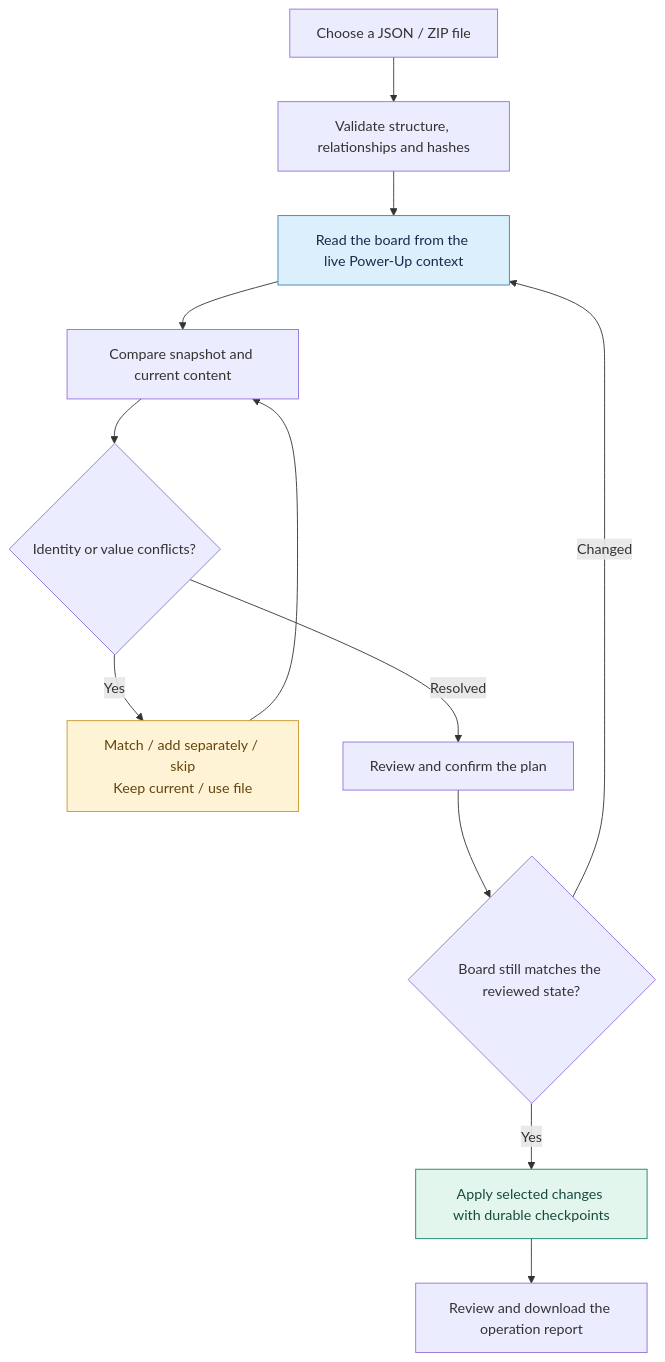
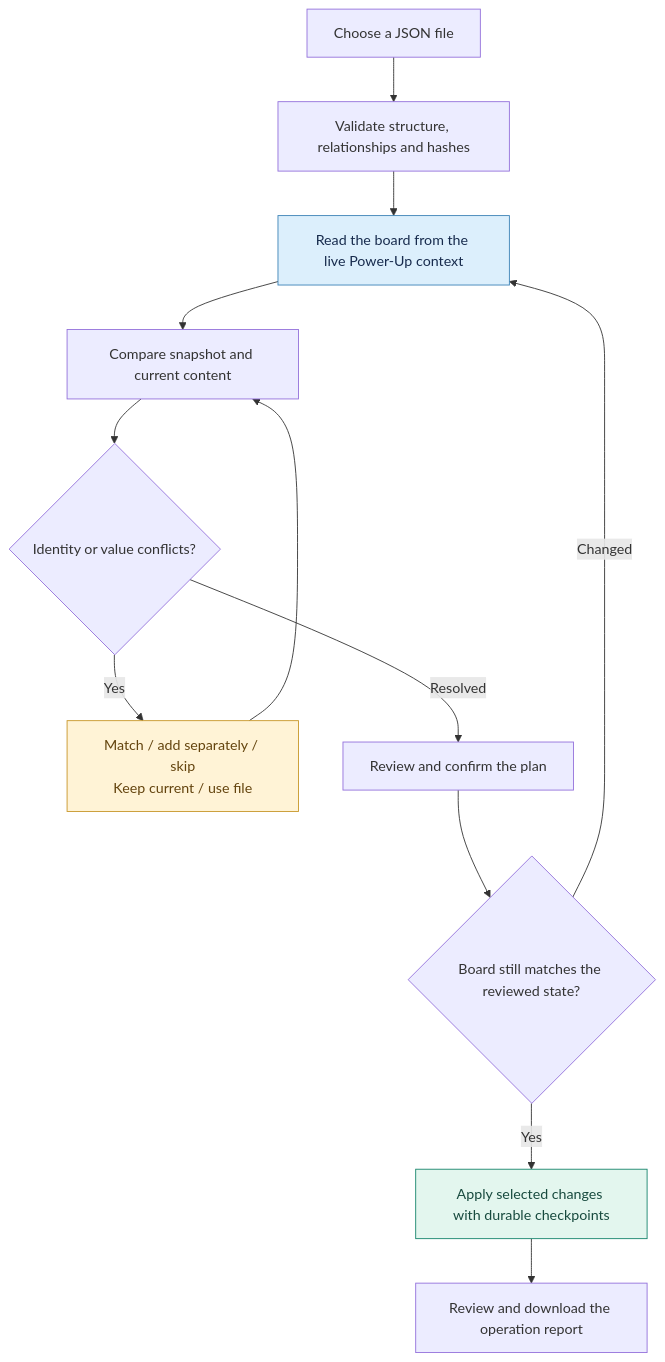
Before and after one commit to selutin99/trello-exporter-importer: the second of 2 diagrams in README.md, drawn with Mermaid. The commit also changed other lines of this file and 68 other files, not shown here.

````diff
--- a/README.md
+++ b/README.md
@@ -100,17 +103,17 @@
 ```mermaid
 flowchart TD
-    A[Choose a JSON / ZIP file] --> B[Validate structure, relationships and hashes]
+    A[Choose a JSON file] --> B[Validate structure, relationships and hashes]
     B --> C[Read the board from the live Power-Up context]
     C --> D[Compare snapshot and current content]
     D --> E{Identity or value conflicts?}
     E -->|Yes| F[Match / add separately / skip<br/>Keep current / use file]
     F --> D
     E -->|Resolved| G[Review and confirm the plan]
     G --> H{Board still matches the reviewed state?}
     H -->|Changed| C
     H -->|Yes| I[Apply selected changes with durable checkpoints]
     I --> J[Review and download the operation report]
     style C fill:#dceffc,stroke:#3b82b6,color:#172b4d
     style F fill:#fff3d6,stroke:#c79628,color:#64440e
     style I fill:#e3f6ee,stroke:#16846b,color:#174a3e
 ```
````
